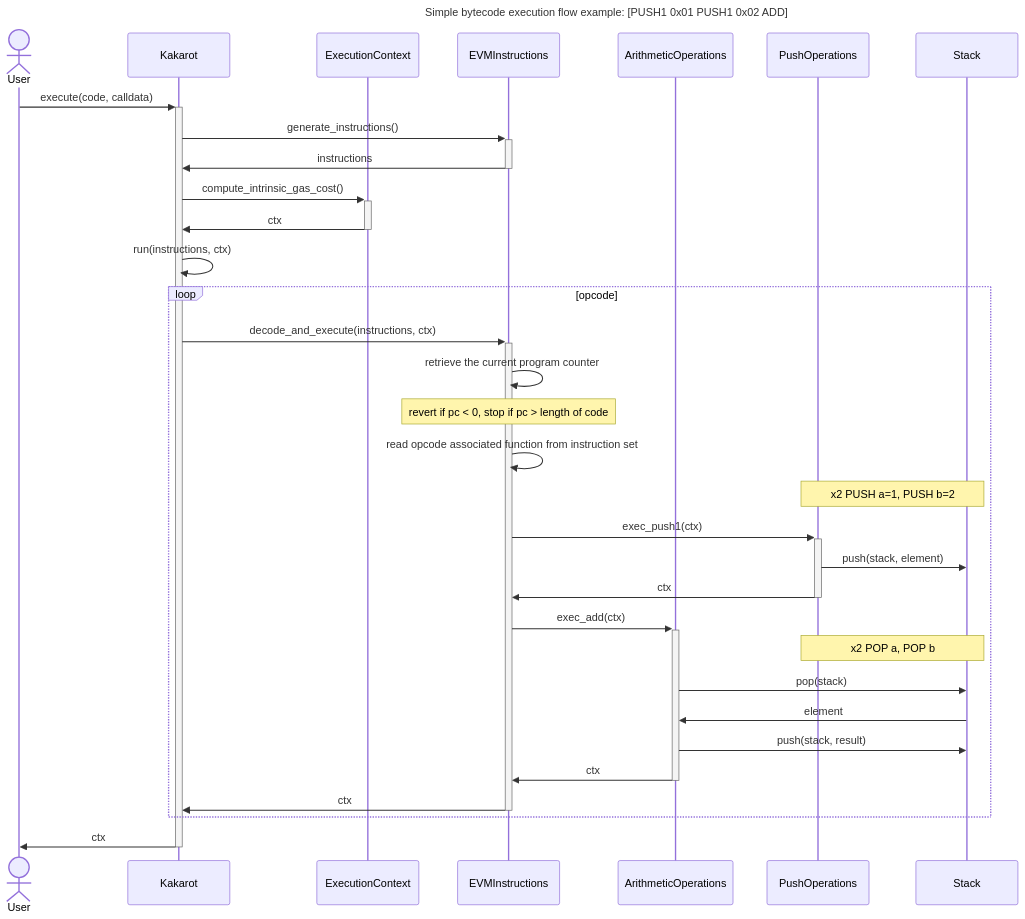
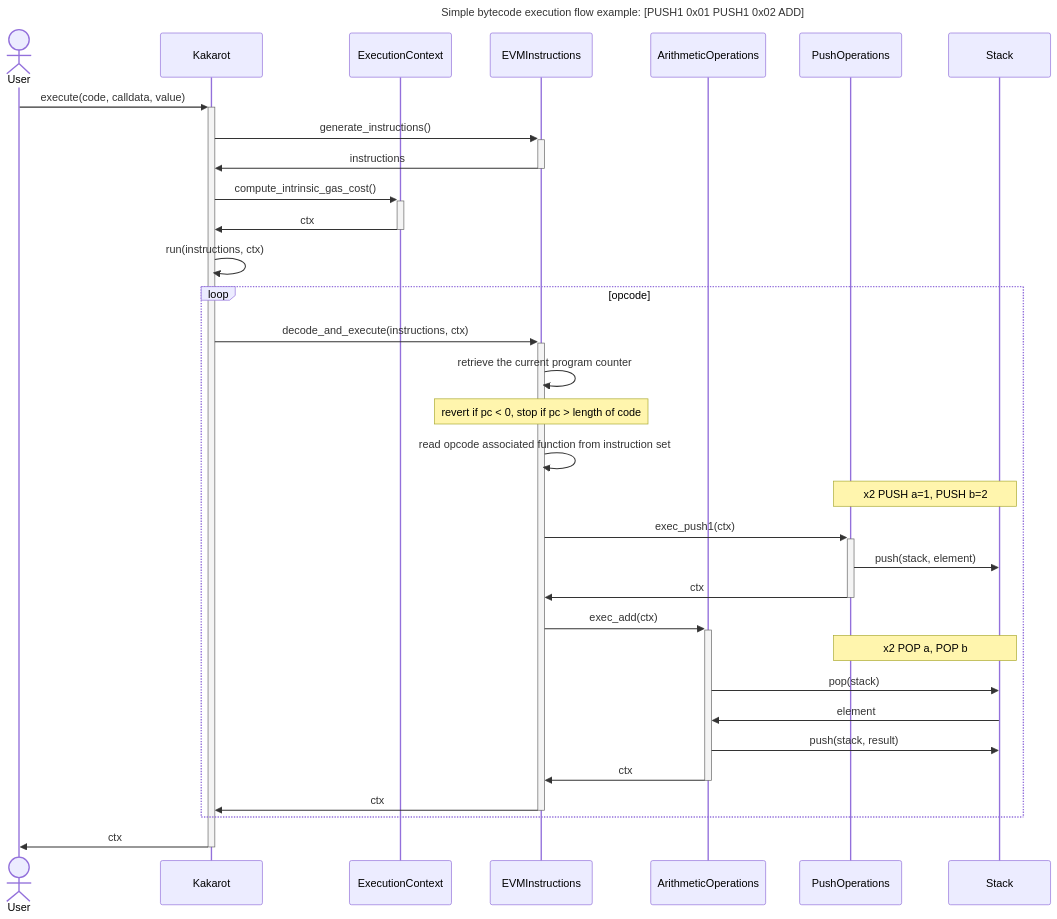
The second of 2 diagrams in README.md (kkrt-labs/kakarot), drawn with Mermaid before and after one commit. The commit also changed 13 other files, not shown here.

````diff
--- a/README.md
+++ b/README.md
@@ -61,35 +61,35 @@
 ```mermaid
 sequenceDiagram
     title Simple bytecode execution flow example: [PUSH1 0x01 PUSH1 0x02 ADD]
     actor User
     participant Kakarot
     participant ExecutionContext
     participant EVMInstructions
     participant ArithmeticOperations
     participant PushOperations
     participant Stack
-    User->>+Kakarot: execute(code, calldata)
+    User->>+Kakarot: execute(code, calldata, value)
     Kakarot->>+EVMInstructions: generate_instructions()
     EVMInstructions->>-Kakarot: instructions
     Kakarot->>+ExecutionContext: compute_intrinsic_gas_cost()
     ExecutionContext->>-Kakarot: ctx
     Kakarot->>Kakarot: run(instructions, ctx)
     loop opcode
         Kakarot->>+EVMInstructions: decode_and_execute(instructions, ctx)
         EVMInstructions->>EVMInstructions: retrieve the current program counter
         Note over EVMInstructions: revert if pc < 0, stop if pc > length of code
         EVMInstructions->>EVMInstructions: read opcode associated function from instruction set
         Note over PushOperations, Stack: x2 PUSH a=1, PUSH b=2
         EVMInstructions->>+PushOperations: exec_push1(ctx)
         PushOperations->>Stack: push(stack, element)
         PushOperations->>-EVMInstructions: ctx
         EVMInstructions->>+ArithmeticOperations: exec_add(ctx)
         Note over PushOperations, Stack: x2 POP a, POP b
         ArithmeticOperations->>Stack: pop(stack)
         Stack->>ArithmeticOperations: element
         ArithmeticOperations->>Stack: push(stack, result)
         ArithmeticOperations->>-EVMInstructions: ctx
         EVMInstructions->>-Kakarot: ctx
     end
     Kakarot->>-User: ctx
 ```
````
